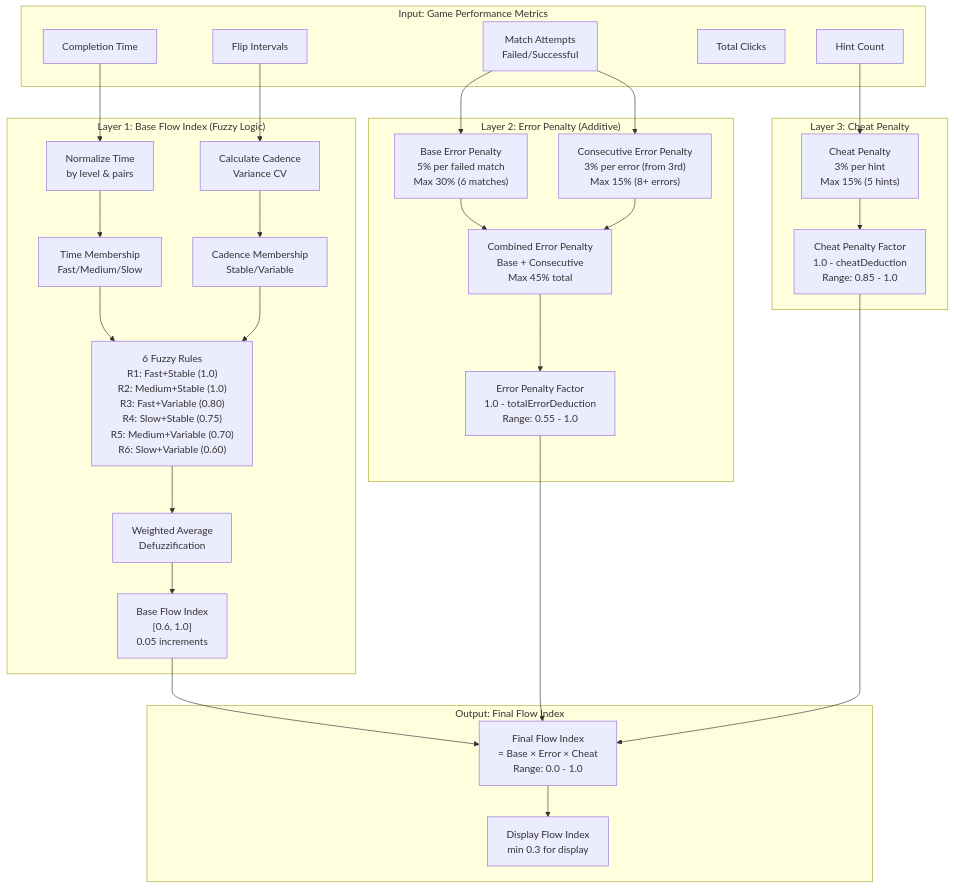
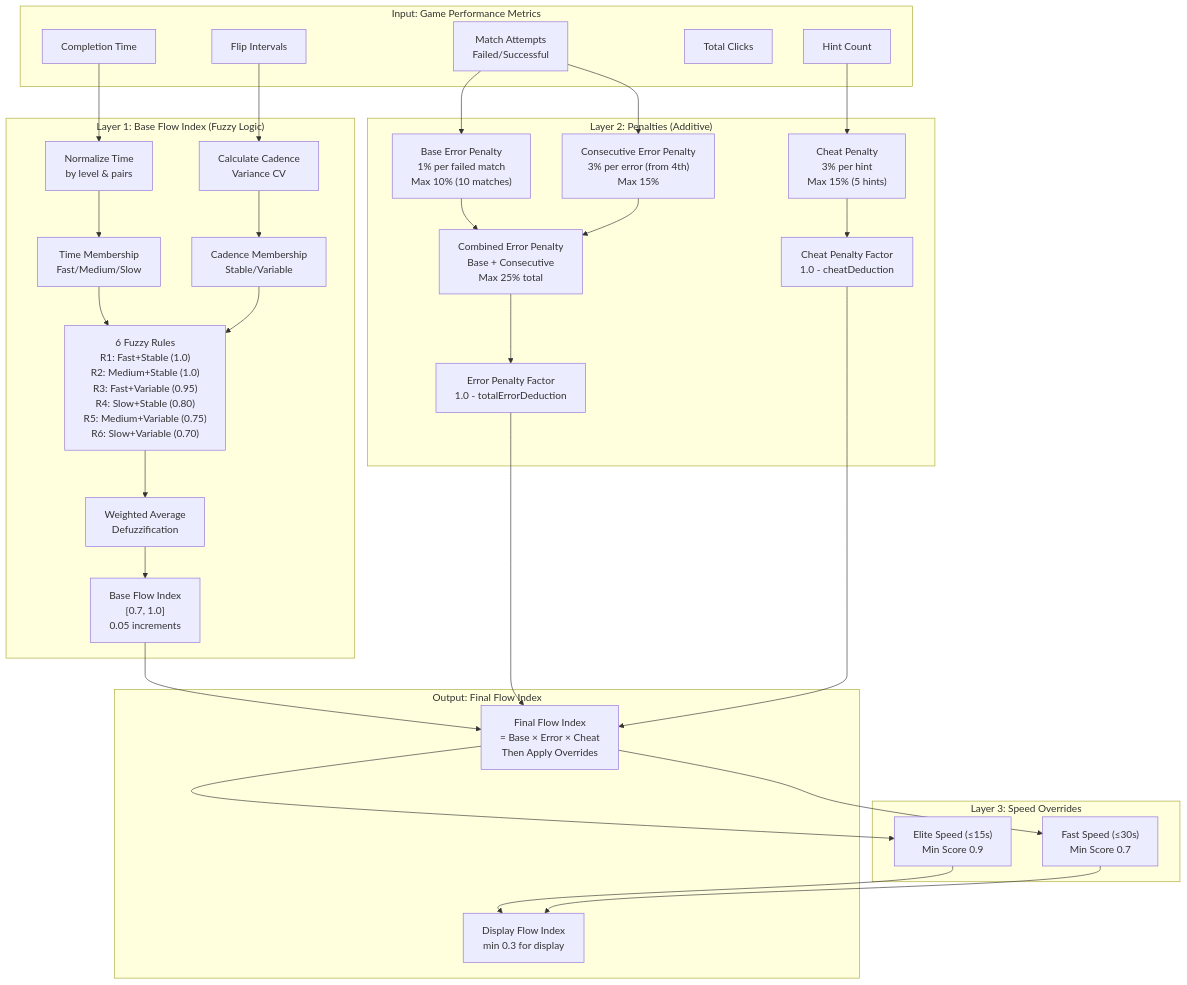
Before and after one commit to DDMYmia/Memory-Game-He-Maumahara: the third of 10 diagrams in docs/SYSTEM_DIAGRAMS.md, drawn with Mermaid. The commit also changed other lines of this file and 23 other files, not shown here.

````diff
--- a/docs/SYSTEM_DIAGRAMS.md
+++ b/docs/SYSTEM_DIAGRAMS.md
@@ -129,61 +130,68 @@
 ```mermaid
 flowchart TD
     subgraph "Input: Game Performance Metrics"
         Time[Completion Time]
         Intervals[Flip Intervals]
         Matches[Match Attempts<br/>Failed/Successful]
         Clicks[Total Clicks]
         Cheats[Hint Count]
     end
 
     subgraph "Layer 1: Base Flow Index (Fuzzy Logic)"
         Norm1[Normalize Time<br/>by level & pairs]
         Norm2[Calculate Cadence<br/>Variance CV]
         Memb1[Time Membership<br/>Fast/Medium/Slow]
         Memb2[Cadence Membership<br/>Stable/Variable]
-        Rules["6 Fuzzy Rules<br/>R1: Fast+Stable (1.0)<br/>R2: Medium+Stable (1.0)<br/>R3: Fast+Variable (0.80)<br/>R4: Slow+Stable (0.75)<br/>R5: Medium+Variable (0.70)<br/>R6: Slow+Variable (0.60)"]
+        Rules["6 Fuzzy Rules<br/>R1: Fast+Stable (1.0)<br/>R2: Medium+Stable (1.0)<br/>R3: Fast+Variable (0.95)<br/>R4: Slow+Stable (0.80)<br/>R5: Medium+Variable (0.75)<br/>R6: Slow+Variable (0.70)"]
         Defuzz[Weighted Average<br/>Defuzzification]
-        Base["Base Flow Index<br/>[0.6, 1.0]<br/>0.05 increments"]
+        Base["Base Flow Index<br/>[0.7, 1.0]<br/>0.05 increments"]
     end
 
-    subgraph "Layer 2: Error Penalty (Additive)"
-        ErrBase["Base Error Penalty<br/>5% per failed match<br/>Max 30% (6 matches)"]
-        ErrCons["Consecutive Error Penalty<br/>3% per error (from 3rd)<br/>Max 15% (8+ errors)"]
-        ErrComb["Combined Error Penalty<br/>Base + Consecutive<br/>Max 45% total"]
-        ErrPen["Error Penalty Factor<br/>1.0 - totalErrorDeduction<br/>Range: 0.55 - 1.0"]
+    subgraph "Layer 2: Penalties (Additive)"
+        ErrBase["Base Error Penalty<br/>1% per failed match<br/>Max 10% (10 matches)"]
+        ErrCons["Consecutive Error Penalty<br/>3% per error (from 4th)<br/>Max 15%"]
+        ErrComb["Combined Error Penalty<br/>Base + Consecutive<br/>Max 25% total"]
+        ErrPen["Error Penalty Factor<br/>1.0 - totalErrorDeduction"]
+        
+        Cheat["Cheat Penalty<br/>3% per hint<br/>Max 15% (5 hints)"]
+        CheatPen["Cheat Penalty Factor<br/>1.0 - cheatDeduction"]
     end
-
-    subgraph "Layer 3: Cheat Penalty"
-        Cheat["Cheat Penalty<br/>3% per hint<br/>Max 15% (5 hints)"]
-        CheatPen["Cheat Penalty Factor<br/>1.0 - cheatDeduction<br/>Range: 0.85 - 1.0"]
+    
+    subgraph "Layer 3: Speed Overrides"
+        Override1["Elite Speed (≤15s)<br/>Min Score 0.9"]
+        Override2["Fast Speed (≤30s)<br/>Min Score 0.7"]
     end
 
     subgraph "Output: Final Flow Index"
-        Final["Final Flow Index<br/>= Base × Error × Cheat<br/>Range: 0.0 - 1.0"]
+        Final["Final Flow Index<br/>= Base × Error × Cheat<br/>Then Apply Overrides"]
         Display["Display Flow Index<br/>min 0.3 for display"]
     end
 
     Time --> Norm1
     Intervals --> Norm2
     Matches --> ErrBase
     Matches --> ErrCons
     
     Norm1 --> Memb1
     Norm2 --> Memb2
     Memb1 --> Rules
     Memb2 --> Rules
     Rules --> Defuzz
     Defuzz --> Base
     
     ErrBase --> ErrComb
     ErrCons --> ErrComb
     ErrComb --> ErrPen
     
     Cheats --> Cheat
     Cheat --> CheatPen
     
     Base --> Final
     ErrPen --> Final
     CheatPen --> Final
-    Final --> Display
+    
+    Final --> Override1
+    Final --> Override2
+    Override1 --> Display
+    Override2 --> Display
 ```
````
